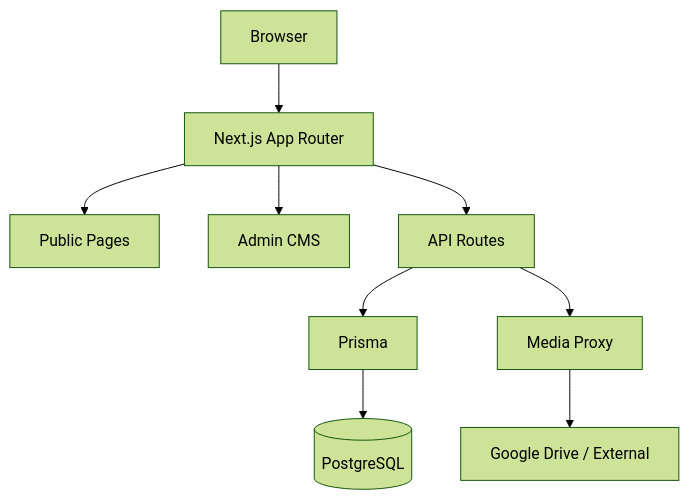
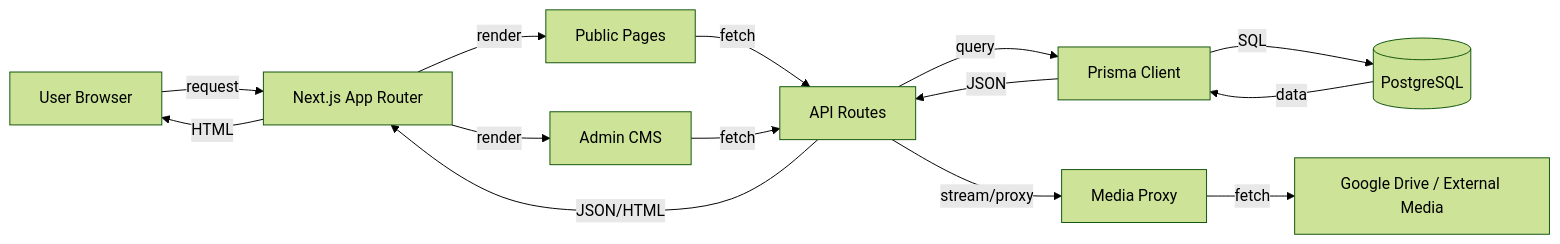
The first of 2 diagrams in README.md (KtsTrinh/acd-arc), drawn with Mermaid (forest theme) before and after one commit. The commit also changed other lines of this file, not shown here.

````diff
--- a/README.md
+++ b/README.md
@@ -7,11 +16,16 @@
 ```mermaid
-graph TD
-  A[Browser] --> B[Next.js App Router]
-  B --> C[Public Pages]
-  B --> D[Admin CMS]
-  B --> E[API Routes]
-  E --> F[Prisma]
-  F --> G[(PostgreSQL)]
-  E --> H[Media Proxy]
-  H --> I[Google Drive / External]
+flowchart LR
+  U[User Browser] -->|request| N[Next.js App Router]
+  N -->|render| P[Public Pages]
+  N -->|render| A[Admin CMS]
+  P -->|fetch| API[API Routes]
+  A -->|fetch| API
+  API -->|query| PR[Prisma Client]
+  PR -->|SQL| DB[(PostgreSQL)]
+  API -->|stream/proxy| M[Media Proxy]
+  M -->|fetch| EXT[Google Drive / External Media]
+  DB -->|data| PR
+  PR -->|JSON| API
+  API -->|JSON/HTML| N
+  N -->|HTML| U
 ```
````
